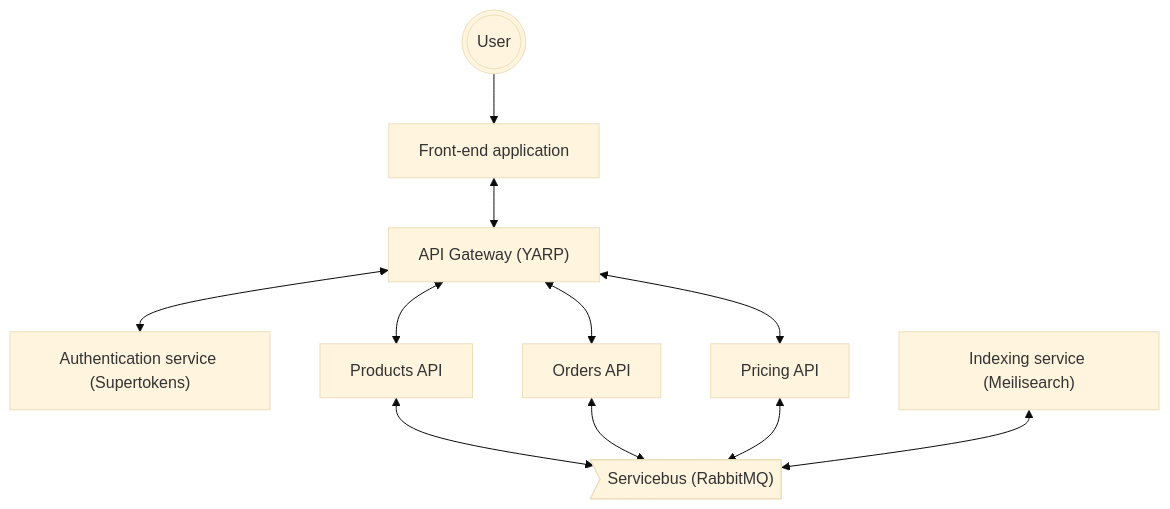
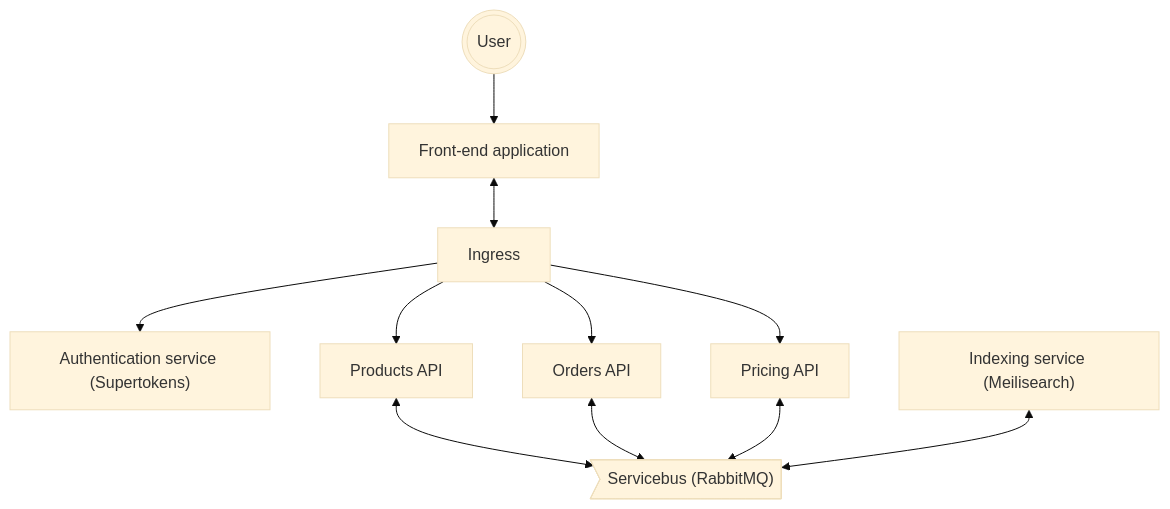
One commit to Physer/Microshop.NET changed the diagram in docs/architecture/overview.md. Above: the diagram before and after it, drawn with Mermaid (base theme). The commit also changed 2 other files, not shown here.

Commit message:
chore(repo): updated leftovers from removing YARP

````diff
--- a/docs/architecture/overview.md
+++ b/docs/architecture/overview.md
@@ -1,18 +1,18 @@
 ```mermaid
 flowchart TD
     user(((User))) --> frontend["Front-end application"]
 
-    frontend <--> gateway["API Gateway (YARP)"]
+    frontend <--> gateway["Ingress"]
 
-    gateway <--> authentication["Authentication service (Supertokens)"]
+    gateway --> authentication["Authentication service (Supertokens)"]
 
-    gateway <--> products["Products API"]
-    gateway <--> orders["Orders API"]
-    gateway <--> pricing["Pricing API"]
+    gateway --> products["Products API"]
+    gateway --> orders["Orders API"]
+    gateway --> pricing["Pricing API"]
 
     products <--> servicebus>"Servicebus (RabbitMQ)"]
     orders <--> servicebus
     pricing <--> servicebus
 
     indexing["Indexing service (Meilisearch)"] <--> servicebus
 ```
````
